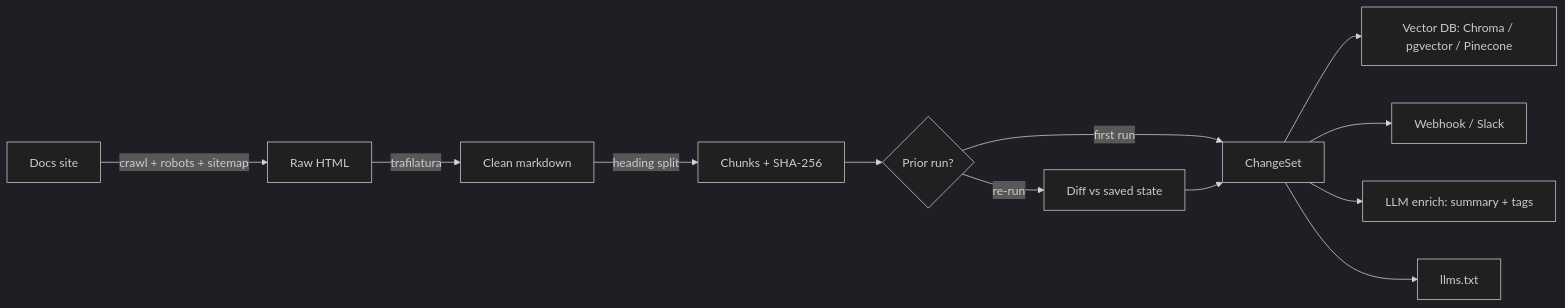
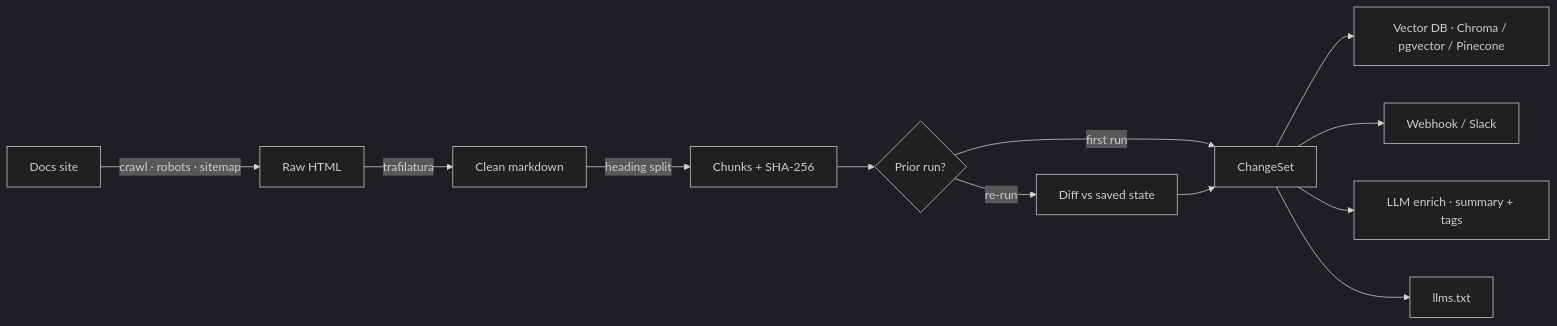
Before and after one commit to MayankSinghRaghav/DeltaDoc: the diagram in README.md, drawn with Mermaid (dark theme). The commit also changed other lines of this file, not shown here.

````diff
--- a/README.md
+++ b/README.md
@@ -46,13 +114,13 @@
 ```mermaid
 flowchart LR
-  S[Docs site] -->|crawl + robots + sitemap| H[Raw HTML]
+  S[Docs site] -->|crawl · robots · sitemap| H[Raw HTML]
   H -->|trafilatura| M[Clean markdown]
   M -->|heading split| C[Chunks + SHA-256]
   C --> D{Prior run?}
   D -- first run --> CS[ChangeSet]
   D -- re-run --> X[Diff vs saved state] --> CS
-  CS --> V[Vector DB: Chroma / pgvector / Pinecone]
+  CS --> V[Vector DB · Chroma / pgvector / Pinecone]
   CS --> W[Webhook / Slack]
-  CS --> E[LLM enrich: summary + tags]
+  CS --> E[LLM enrich · summary + tags]
   CS --> L[llms.txt]
 ```
````
